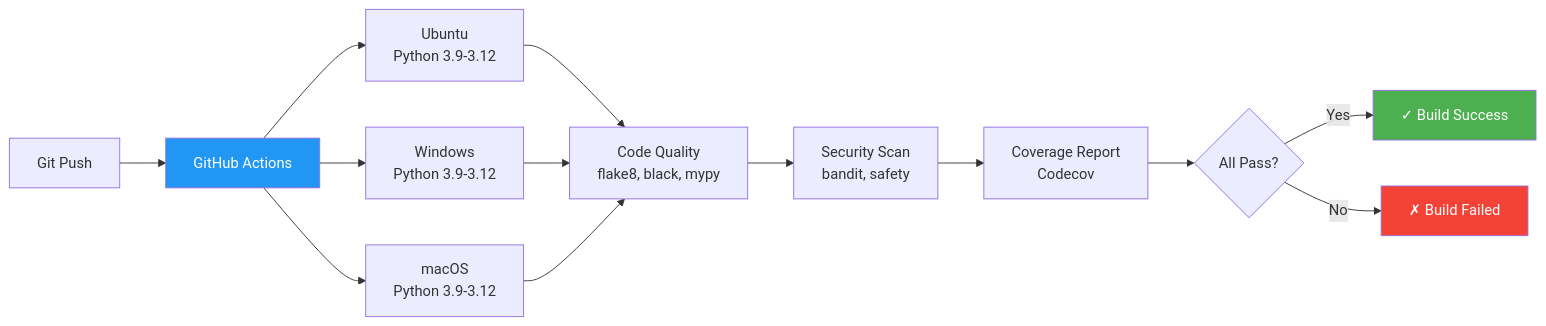
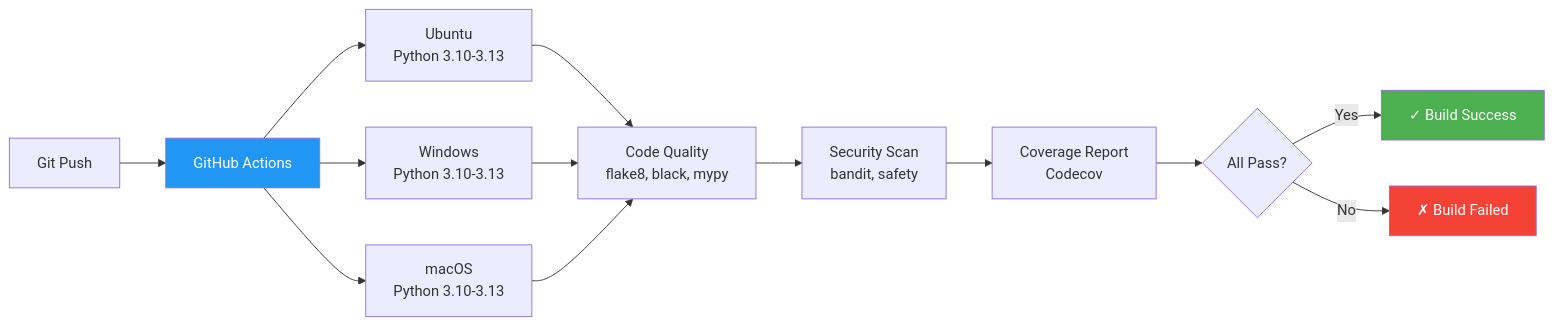
Diagram 16 of 20 in README.md (Johnsonajibi/DeviceFingerprinting), drawn with Mermaid before and after one commit. The commit also changed other lines of this file and 14 other files, not shown here.

````diff
--- a/README.md
+++ b/README.md
@@ -1228,23 +1228,23 @@
 ```mermaid
 graph LR
     PUSH[Git Push] --> CI[GitHub Actions]
     
-    CI --> TEST1[Ubuntu<br/>Python 3.9-3.12]
-    CI --> TEST2[Windows<br/>Python 3.9-3.12]
-    CI --> TEST3[macOS<br/>Python 3.9-3.12]
+    CI --> TEST1[Ubuntu<br/>Python 3.10-3.13]
+    CI --> TEST2[Windows<br/>Python 3.10-3.13]
+    CI --> TEST3[macOS<br/>Python 3.10-3.13]
     
     TEST1 --> LINT[Code Quality<br/>flake8, black, mypy]
     TEST2 --> LINT
     TEST3 --> LINT
     
     LINT --> SEC[Security Scan<br/>bandit, safety]
     SEC --> COV[Coverage Report<br/>Codecov]
     
     COV --> RESULT{All Pass?}
     RESULT -->|Yes| SUCCESS[✓ Build Success]
     RESULT -->|No| FAIL[✗ Build Failed]
     
     style CI fill:#2196F3,color:#fff
     style SUCCESS fill:#4CAF50,color:#fff
     style FAIL fill:#F44336,color:#fff
 ```
````
